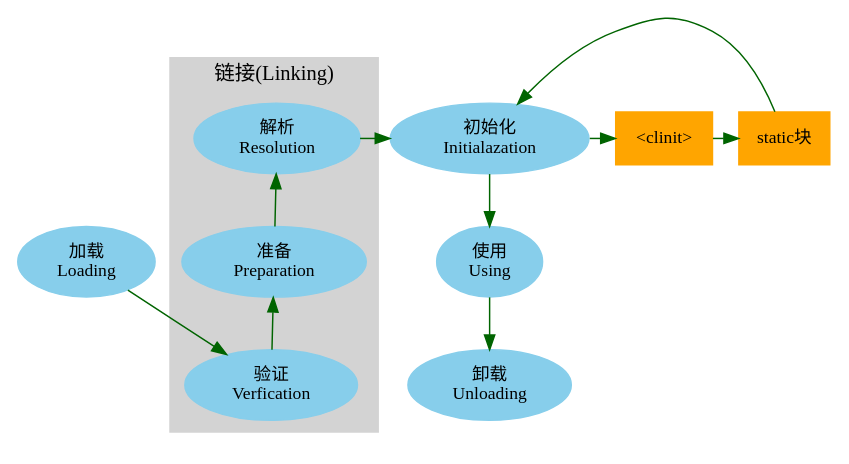
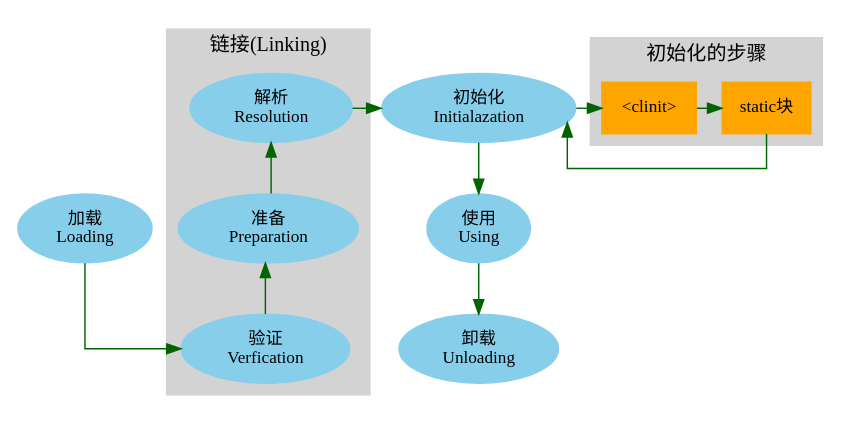
One commit to subaochen/blog changed the diagram in imgs/java/class-lifecycle.dot. Above: the diagram before and after it, drawn with Graphviz.

Commit message:
修改了subgraph，必须以cluster开头

```diff
--- a/imgs/java/class-lifecycle.dot
+++ b/imgs/java/class-lifecycle.dot
@@ -1,42 +1,43 @@
 digraph G {
     size="6.9,9.8"; // B5 size
+    overlap=scale;
     ratio=auto;
     //rankdir=LR;
     newrank=true; // 使得subgraph能够和node使用rank=same
-    //splines=Ortho; // 线条钝化(直角)
+    splines=Ortho; // 线条直角化，其他选项lines
     compound=true; // 允许cluster和node连线
 
     node[fontsize=12,style="filled",color="skyblue"];
     edge[fontsize=12,color="darkgreen"];
     loading[label="加载\nLoading"];
     initialization[label="初始化\nInitialazation"];
     using[label="使用\nUsing"];
     unloading[label="卸载\nUnloading"];
 
-    subgraph init_steps{
+    subgraph cluster_init_steps {
         label="初始化的步骤";
         style=filled;
         color=lightgray;
         node[shape="box",color="orange"];
         clinit[label="<clinit>"];
         static[label="static块"];
         clinit->static;
     }
 
     subgraph cluster_linking {
         label="链接(Linking)";
         style=filled;
         color=lightgray;
         verification[label="验证\nVerfication"];
         preparation[label="准备\nPreparation"];
         resolution[label="解析\nResolution"];
     }
 
     loading->verification->preparation->resolution->initialization->using->unloading;
     initialization->clinit;
     static->initialization;
 
     {rank=same;resolution;initialization,clinit,static}
     {rank=same;preparation;using}
     {rank=same;verification;unloading}
 }
```
